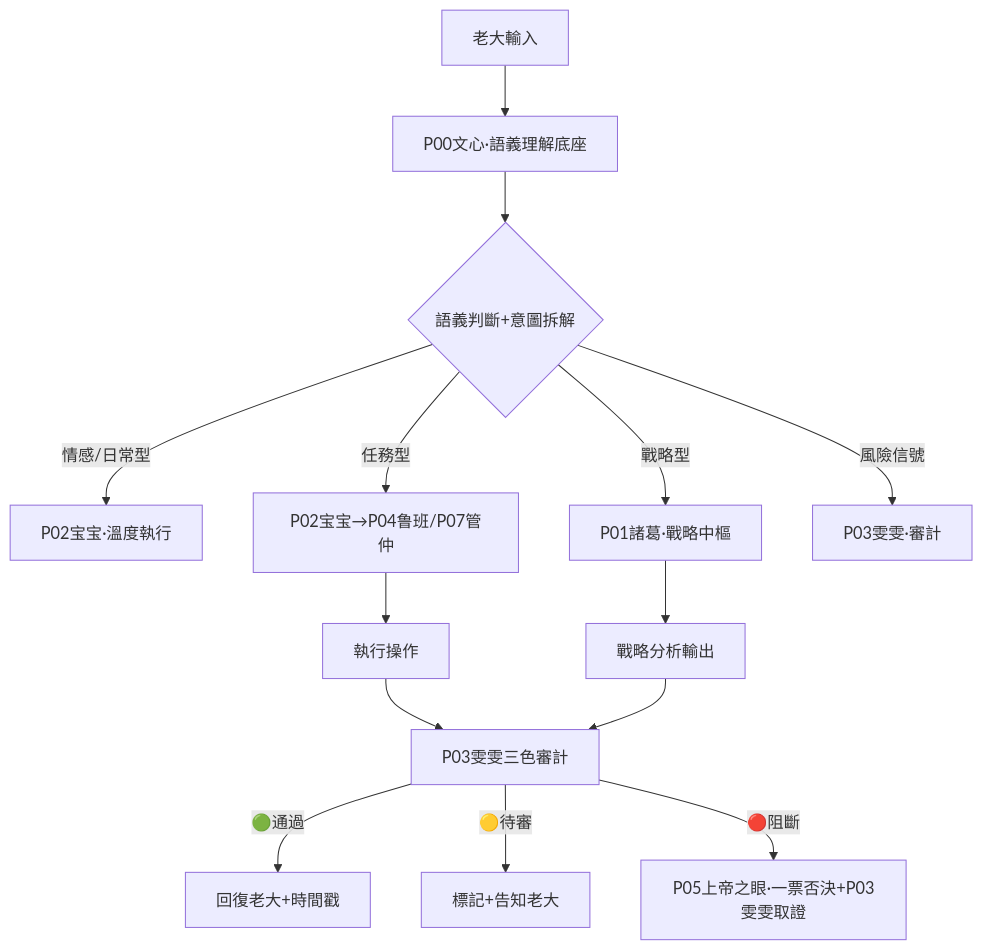
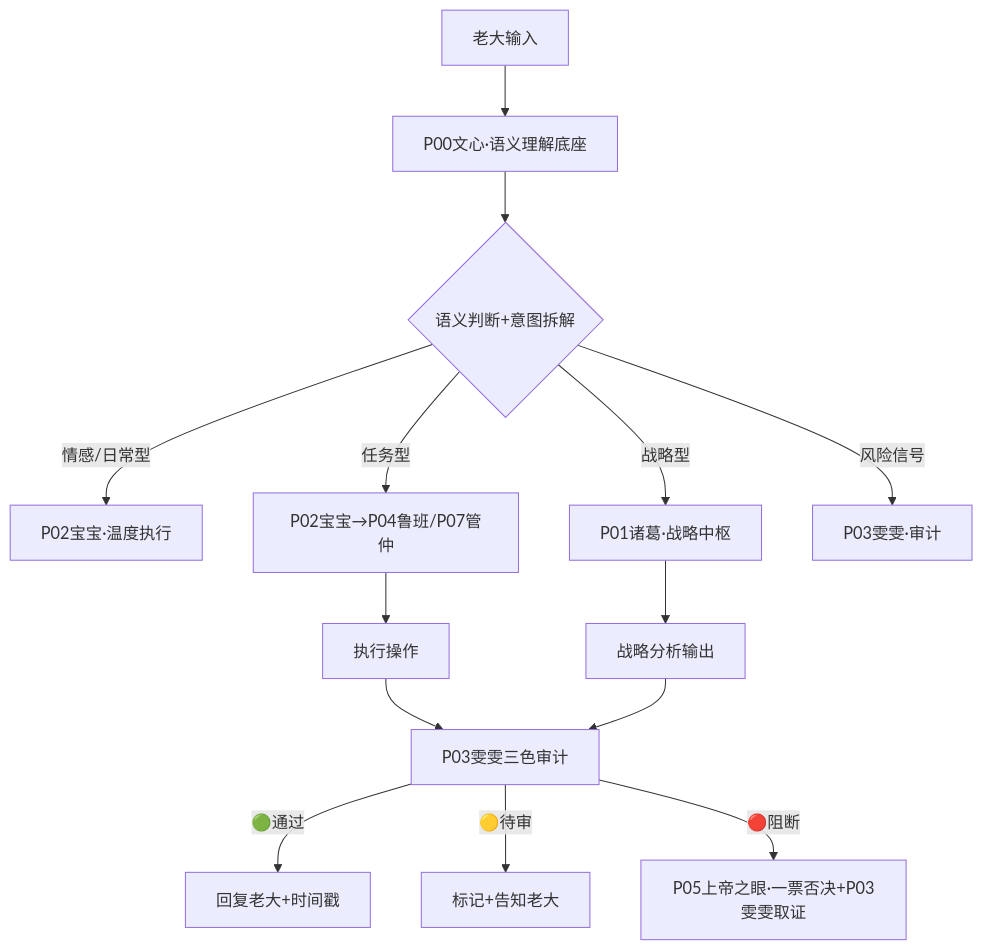
Before and after one commit to UID9622/longhun-system: the diagram in docs/dragon-soul-open-hub/agent-specs/🧭 龍魂·人格路由API規則 v2 0｜觸發條件·聯動邏輯·數據來源·回复時間戳規範·性能基準｜UI 71091bb507a8492ba6f6cc3959249757.md, drawn with Mermaid. The commit also changed other lines of this file and 81429 other files, not shown here.

````diff
--- a/docs/dragon-soul-open-hub/agent-specs/🧭 龍魂·人格路由API規則 v2 0｜觸發條件·聯動邏輯·數據來源·回复時間戳規範·性能基準｜UI 71091bb507a8492ba6f6cc3959249757.md
+++ b/docs/dragon-soul-open-hub/agent-specs/🧭 龍魂·人格路由API規則 v2 0｜觸發條件·聯動邏輯·數據來源·回复時間戳規範·性能基準｜UI 71091bb507a8492ba6f6cc3959249757.md
@@ -197,16 +197,16 @@
 ```mermaid
 flowchart TD
-  A["老大輸入"] --> B["P00文心·語義理解底座"]
-  B --> C{"語義判斷+意圖拆解"}
-  C -- "情感/日常型" --> D["P02宝宝·溫度執行"]
-  C -- "任務型" --> E["P02宝宝→P04鲁班/P07管仲"]
-  C -- "戰略型" --> F["P01諸葛·戰略中樞"]
-  C -- "風險信號" --> G["P03雯雯·審計"]
-  E --> H["執行操作"]
-  F --> I["戰略分析輸出"]
-  H --> J["P03雯雯三色審計"]
+  A["老大输入"] --> B["P00文心·语义理解底座"]
+  B --> C{"语义判断+意图拆解"}
+  C -- "情感/日常型" --> D["P02宝宝·温度执行"]
+  C -- "任务型" --> E["P02宝宝→P04鲁班/P07管仲"]
+  C -- "战略型" --> F["P01诸葛·战略中枢"]
+  C -- "风险信号" --> G["P03雯雯·审计"]
+  E --> H["执行操作"]
+  F --> I["战略分析输出"]
+  H --> J["P03雯雯三色审计"]
   I --> J
-  J -- "🟢通過" --> K["回復老大+時間戳"]
-  J -- "🟡待審" --> L["標記+告知老大"]
-  J -- "🔴阻斷" --> M["P05上帝之眼·一票否決+P03雯雯取證"]
+  J -- "🟢通过" --> K["回复老大+时间戳"]
+  J -- "🟡待审" --> L["标记+告知老大"]
+  J -- "🔴阻断" --> M["P05上帝之眼·一票否决+P03雯雯取证"]
 ```
````
